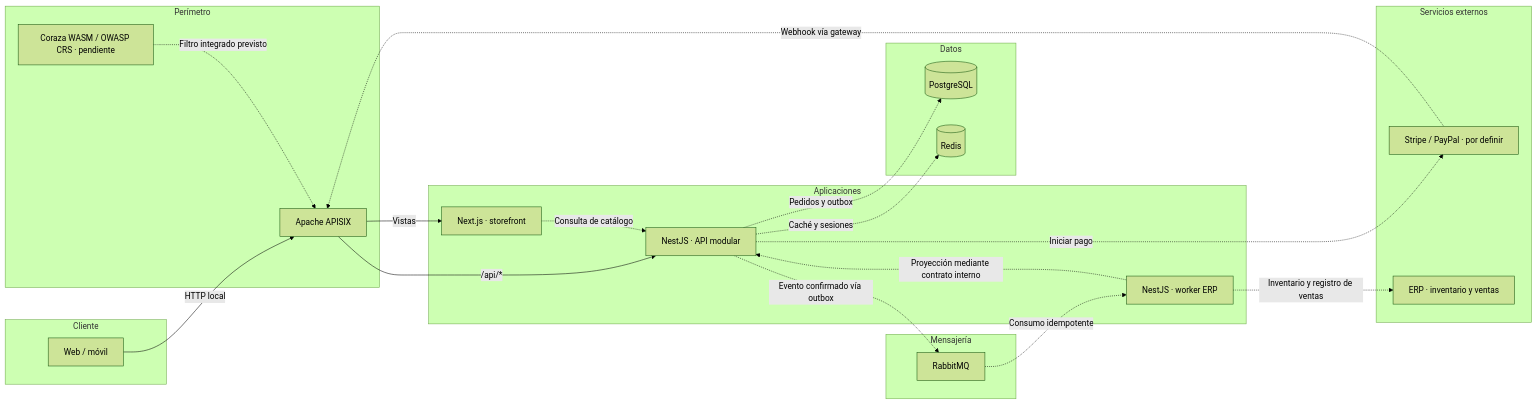
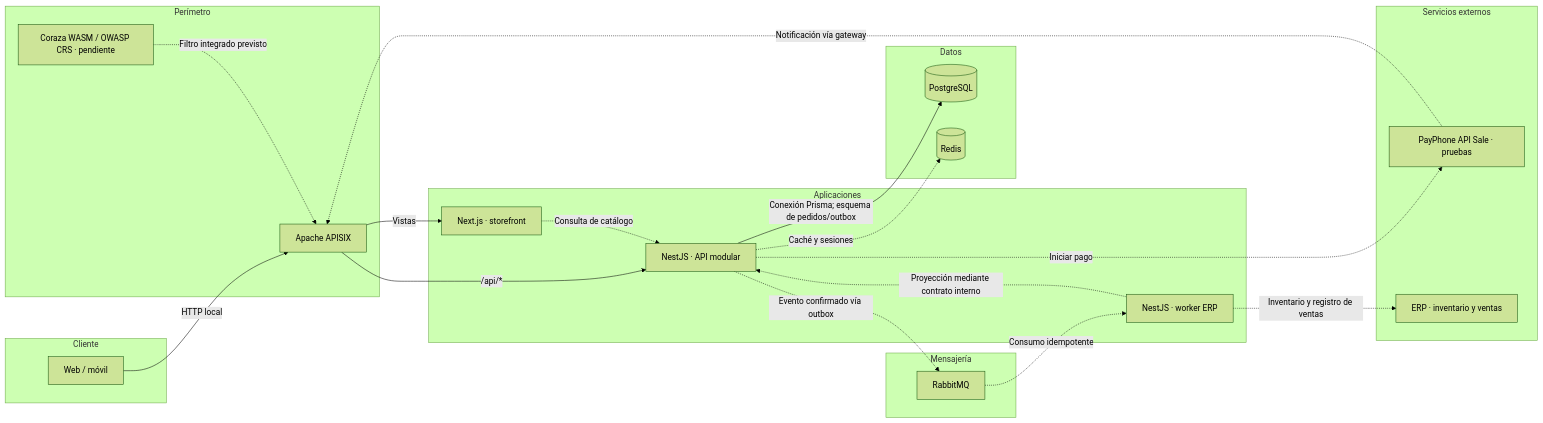
The first of 2 diagrams in README.md (TESSIUM-Tech/GroupMG-Commerce-Demo), drawn with Mermaid (forest theme) before and after one commit. The commit also changed other lines of this file and 4 other files, not shown here.

````diff
--- a/README.md
+++ b/README.md
@@ -21,40 +20,40 @@
 ```mermaid
 flowchart LR
     subgraph client ["Cliente"]
         browser["Web / móvil"]
     end
     subgraph gateway ["Perímetro"]
         apisix["Apache APISIX"]
         coraza["Coraza WASM / OWASP CRS · pendiente"]
     end
     subgraph service ["Aplicaciones"]
         web["Next.js · storefront"]
         api["NestJS · API modular"]
         worker["NestJS · worker ERP"]
     end
     subgraph datastore ["Datos"]
         postgres[("PostgreSQL")]
         redis[("Redis")]
     end
     subgraph async ["Mensajería"]
         rabbit["RabbitMQ"]
     end
     subgraph external ["Servicios externos"]
-        payments["Stripe / PayPal · por definir"]
+        payments["PayPhone API Sale · pruebas"]
         erp["ERP · inventario y ventas"]
     end
 
     browser -->|HTTP local| apisix
     apisix -->|Vistas| web
     apisix -->|/api/*| api
     coraza -.->|Filtro integrado previsto| apisix
     web -.->|Consulta de catálogo| api
-    api -.->|Pedidos y outbox| postgres
+    api -->|Conexión Prisma; esquema de pedidos/outbox| postgres
     api -.->|Caché y sesiones| redis
     api -.->|Iniciar pago| payments
-    payments -.->|Webhook vía gateway| apisix
+    payments -.->|Notificación vía gateway| apisix
     api -.->|Evento confirmado vía outbox| rabbit
     rabbit -.->|Consumo idempotente| worker
     worker -.->|Inventario y registro de ventas| erp
     worker -.->|Proyección mediante contrato interno| api
 ```
````
